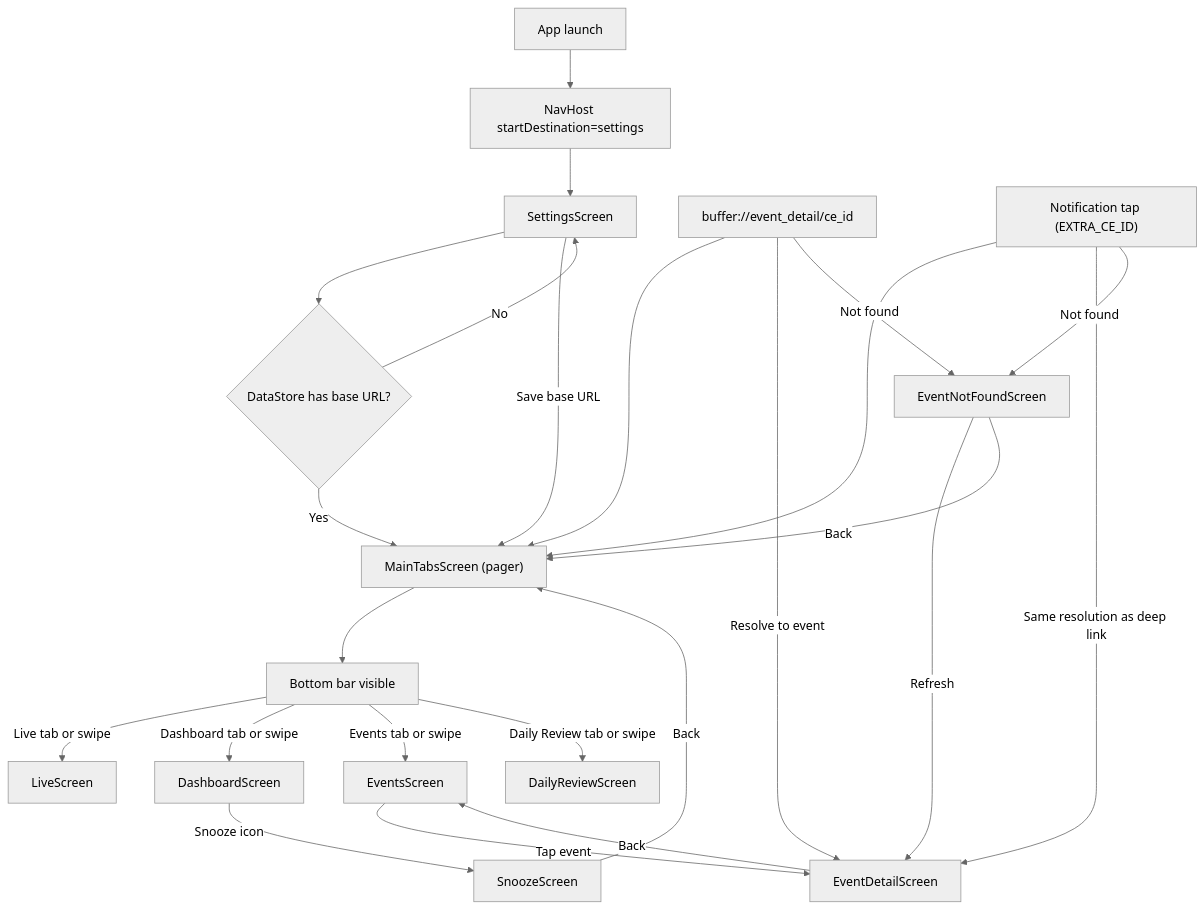
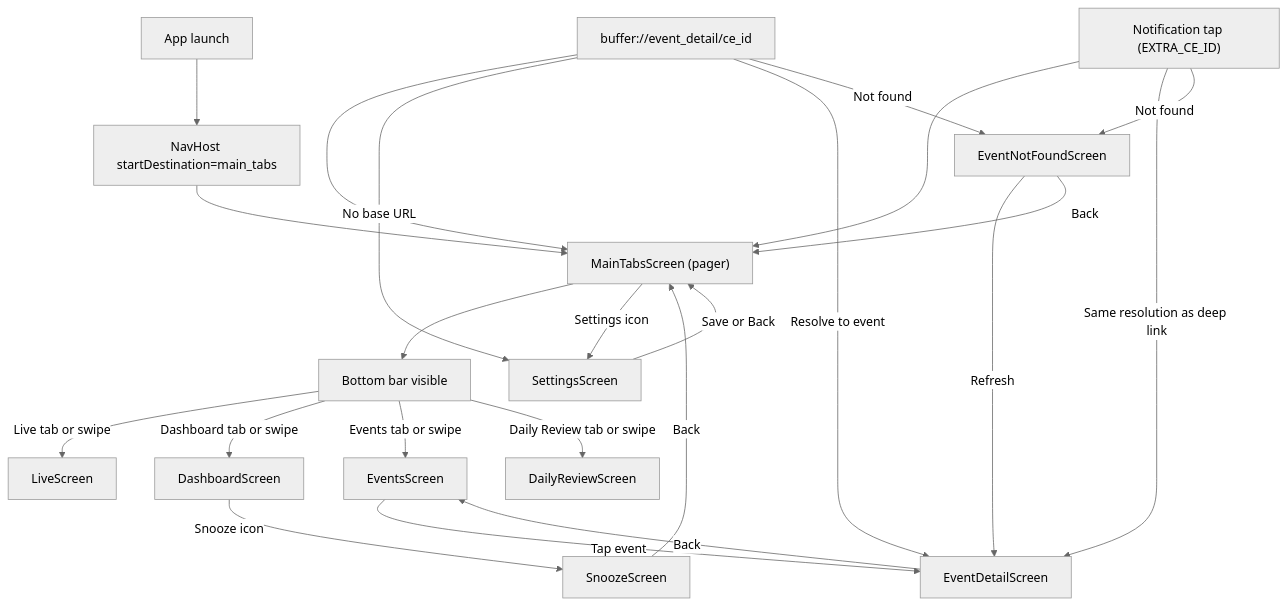
The diagram in docs/UI_MAP.md (jballard86/Frigate_Event_Viewer), drawn with Mermaid (neutral theme) before and after one commit. The commit also changed other lines of this file and 7 other files, not shown here.

````diff
--- a/docs/UI_MAP.md
+++ b/docs/UI_MAP.md
@@ -54,38 +54,36 @@
 ```mermaid
 flowchart TD
     appLaunch["App launch"]
-    navHost["NavHost startDestination=settings"]
-    hasBaseUrl{"DataStore has base URL?"}
+    navHost["NavHost startDestination=main_tabs"]
     settingsScreen["SettingsScreen"]
     mainTabs["MainTabsScreen (pager)"]
     live["LiveScreen"]
     dashboard["DashboardScreen"]
     events["EventsScreen"]
     dailyReview["DailyReviewScreen"]
     eventDetail["EventDetailScreen"]
     bottomBar["Bottom bar visible"]
 
     appLaunch --> navHost
-    navHost --> settingsScreen
-    settingsScreen --> hasBaseUrl
-    hasBaseUrl -->|Yes| mainTabs
-    hasBaseUrl -->|No| settingsScreen
-    settingsScreen -->|Save base URL| mainTabs
+    navHost --> mainTabs
     mainTabs --> bottomBar
+    mainTabs -->|Settings icon| settingsScreen
+    settingsScreen -->|Save or Back| mainTabs
     bottomBar -->|Live tab or swipe| live
     bottomBar -->|Dashboard tab or swipe| dashboard
     bottomBar -->|Events tab or swipe| events
     bottomBar -->|Daily Review tab or swipe| dailyReview
     events -->|Tap event| eventDetail
     eventDetail -->|Back| events
     deeplink["buffer://event_detail/ce_id"] --> mainTabs
+    deeplink -->|No base URL| settingsScreen
     deeplink -->|Resolve to event| eventDetail
     deeplink -->|Not found| eventNotFound["EventNotFoundScreen"]
     notificationTap["Notification tap (EXTRA_CE_ID)"] --> mainTabs
     notificationTap -->|Same resolution as deep link| eventDetail
     notificationTap -->|Not found| eventNotFound
     eventNotFound -->|Refresh| eventDetail
     eventNotFound -->|Back| mainTabs
     dashboard -->|Snooze icon| snooze["SnoozeScreen"]
     snooze -->|Back| mainTabs
 ```
````
